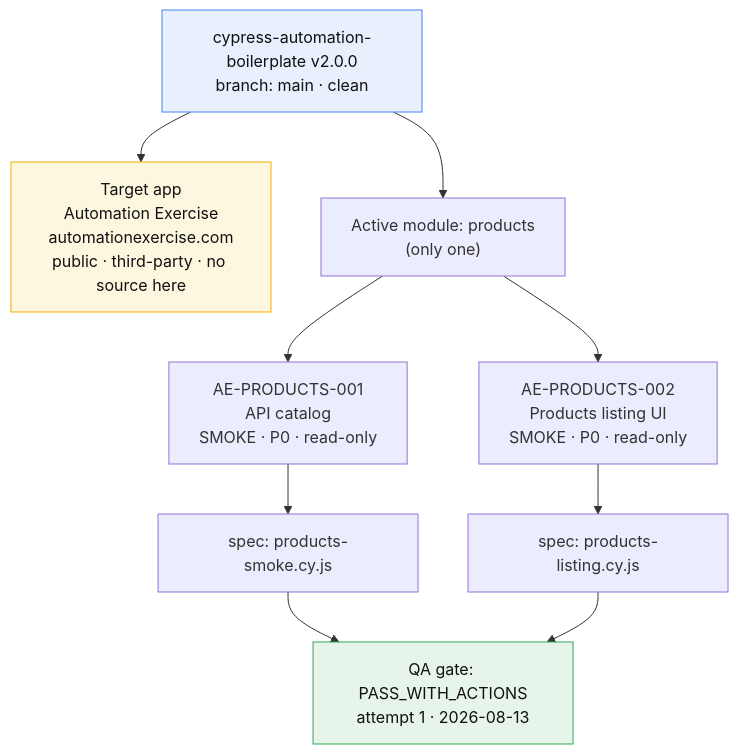
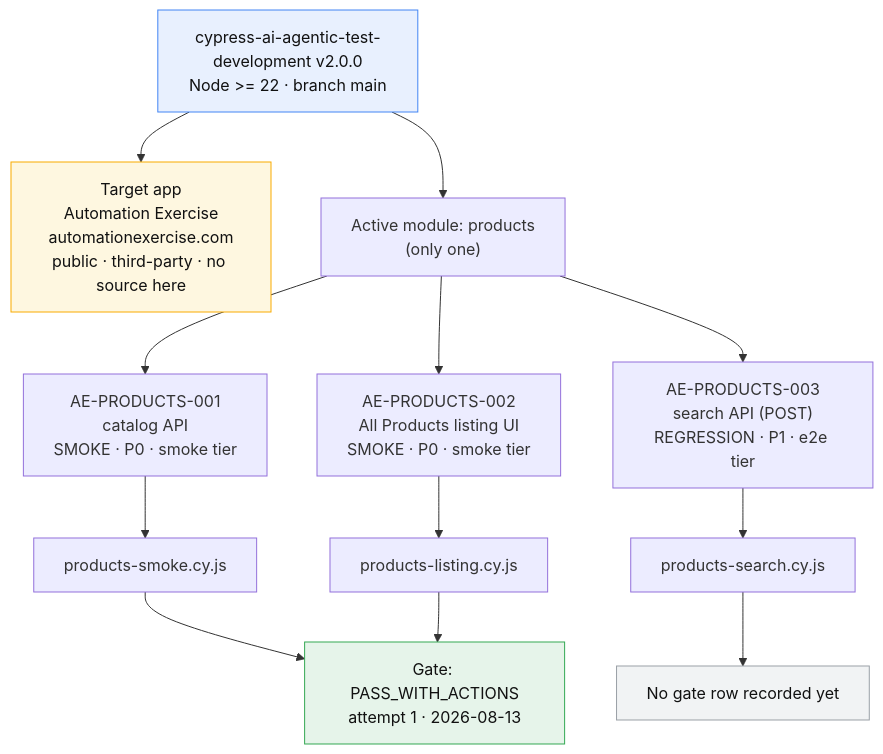
Before and after one commit to lfyagya/AI-Agentic-Test-Development: the first of 11 diagrams in docs/onboarding/first-session.md, drawn with Mermaid. The commit also changed other lines of this file, not shown here.

First line of the commit message:
Align onboarding brief with current main

````diff
--- a/docs/onboarding/first-session.md
+++ b/docs/onboarding/first-session.md
@@ -13,16 +16,20 @@
 ```mermaid
 flowchart TD
-    R["cypress-automation-boilerplate v2.0.0<br/>branch: main · clean"]
+    R["cypress-ai-agentic-test-development v2.0.0<br/>Node >= 22 · branch main"]
     R --> T["Target app<br/>Automation Exercise<br/>automationexercise.com<br/>public · third-party · no source here"]
     R --> M["Active module: products<br/>(only one)"]
-    M --> Q1["AE-PRODUCTS-001<br/>API catalog<br/>SMOKE · P0 · read-only"]
-    M --> Q2["AE-PRODUCTS-002<br/>Products listing UI<br/>SMOKE · P0 · read-only"]
-    Q1 --> S1["spec: products-smoke.cy.js"]
-    Q2 --> S2["spec: products-listing.cy.js"]
-    S1 --> G["QA gate: PASS_WITH_ACTIONS<br/>attempt 1 · 2026-08-13"]
+    M --> Q1["AE-PRODUCTS-001<br/>catalog API<br/>SMOKE · P0 · smoke tier"]
+    M --> Q2["AE-PRODUCTS-002<br/>All Products listing UI<br/>SMOKE · P0 · smoke tier"]
+    M --> Q3["AE-PRODUCTS-003<br/>search API (POST)<br/>REGRESSION · P1 · e2e tier"]
+    Q1 --> S1["products-smoke.cy.js"]
+    Q2 --> S2["products-listing.cy.js"]
+    Q3 --> S3["products-search.cy.js"]
+    S1 --> G["Gate: PASS_WITH_ACTIONS<br/>attempt 1 · 2026-08-13"]
     S2 --> G
+    S3 --> NG["No gate row recorded yet"]
 
     style R fill:#e8f0fe,stroke:#4285f4,color:#111
     style T fill:#fef7e0,stroke:#f9ab00,color:#111
     style G fill:#e6f4ea,stroke:#34a853,color:#111
+    style NG fill:#f1f3f4,stroke:#9aa0a6,color:#111
 ```
````
